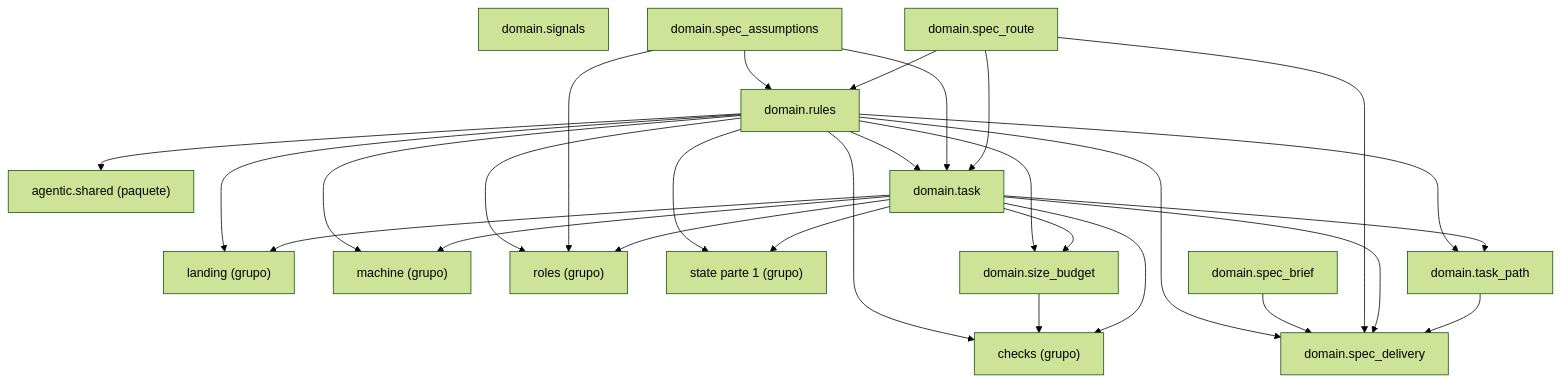
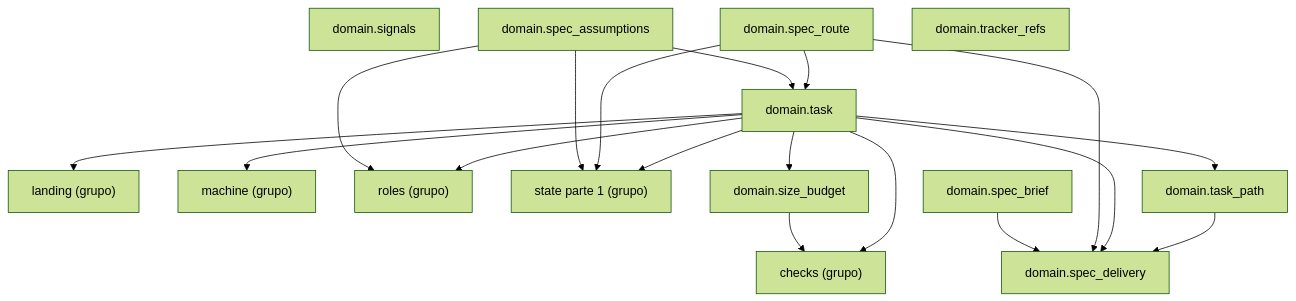
The diagram in docs/architecture/generated/packages-process-domain-state-2.md (GonzaloZevallos/agentic-system), drawn with Mermaid (forest theme) before and after one commit. The commit also changed 12 other files, not shown here.

Commit message:
Keep times_for out of the measurement domain page, which is at its edge budget, and commit the regenerated architecture pages

````diff
--- a/docs/architecture/generated/packages-process-domain-state-2.md
+++ b/docs/architecture/generated/packages-process-domain-state-2.md
@@ -12,45 +12,34 @@
 ```mermaid
 graph TD
     g_domain__checks["checks (grupo)"]
     g_domain__landing["landing (grupo)"]
     g_domain__machine["machine (grupo)"]
     g_domain__roles["roles (grupo)"]
     g_domain__state__1["state parte 1 (grupo)"]
-    g_pkg__agentic__shared["agentic.shared (paquete)"]
-    m_domain__rules["domain.rules"]
     m_domain__signals["domain.signals"]
     m_domain__size_budget["domain.size_budget"]
     m_domain__spec_assumptions["domain.spec_assumptions"]
     m_domain__spec_brief["domain.spec_brief"]
     m_domain__spec_delivery["domain.spec_delivery"]
     m_domain__spec_route["domain.spec_route"]
     m_domain__task["domain.task"]
     m_domain__task_path["domain.task_path"]
-    m_domain__rules --> g_domain__checks
-    m_domain__rules --> g_domain__landing
-    m_domain__rules --> g_domain__machine
-    m_domain__rules --> g_domain__roles
-    m_domain__rules --> g_domain__state__1
-    m_domain__rules --> g_pkg__agentic__shared
-    m_domain__rules --> m_domain__size_budget
-    m_domain__rules --> m_domain__spec_delivery
-    m_domain__rules --> m_domain__task
-    m_domain__rules --> m_domain__task_path
+    m_domain__tracker_refs["domain.tracker_refs"]
     m_domain__size_budget --> g_domain__checks
     m_domain__spec_assumptions --> g_domain__roles
-    m_domain__spec_assumptions --> m_domain__rules
+    m_domain__spec_assumptions --> g_domain__state__1
     m_domain__spec_assumptions --> m_domain__task
     m_domain__spec_brief --> m_domain__spec_delivery
-    m_domain__spec_route --> m_domain__rules
+    m_domain__spec_route --> g_domain__state__1
     m_domain__spec_route --> m_domain__spec_delivery
     m_domain__spec_route --> m_domain__task
     m_domain__task --> g_domain__checks
     m_domain__task --> g_domain__landing
     m_domain__task --> g_domain__machine
     m_domain__task --> g_domain__roles
     m_domain__task --> g_domain__state__1
     m_domain__task --> m_domain__size_budget
     m_domain__task --> m_domain__spec_delivery
     m_domain__task --> m_domain__task_path
     m_domain__task_path --> m_domain__spec_delivery
 ```
````
